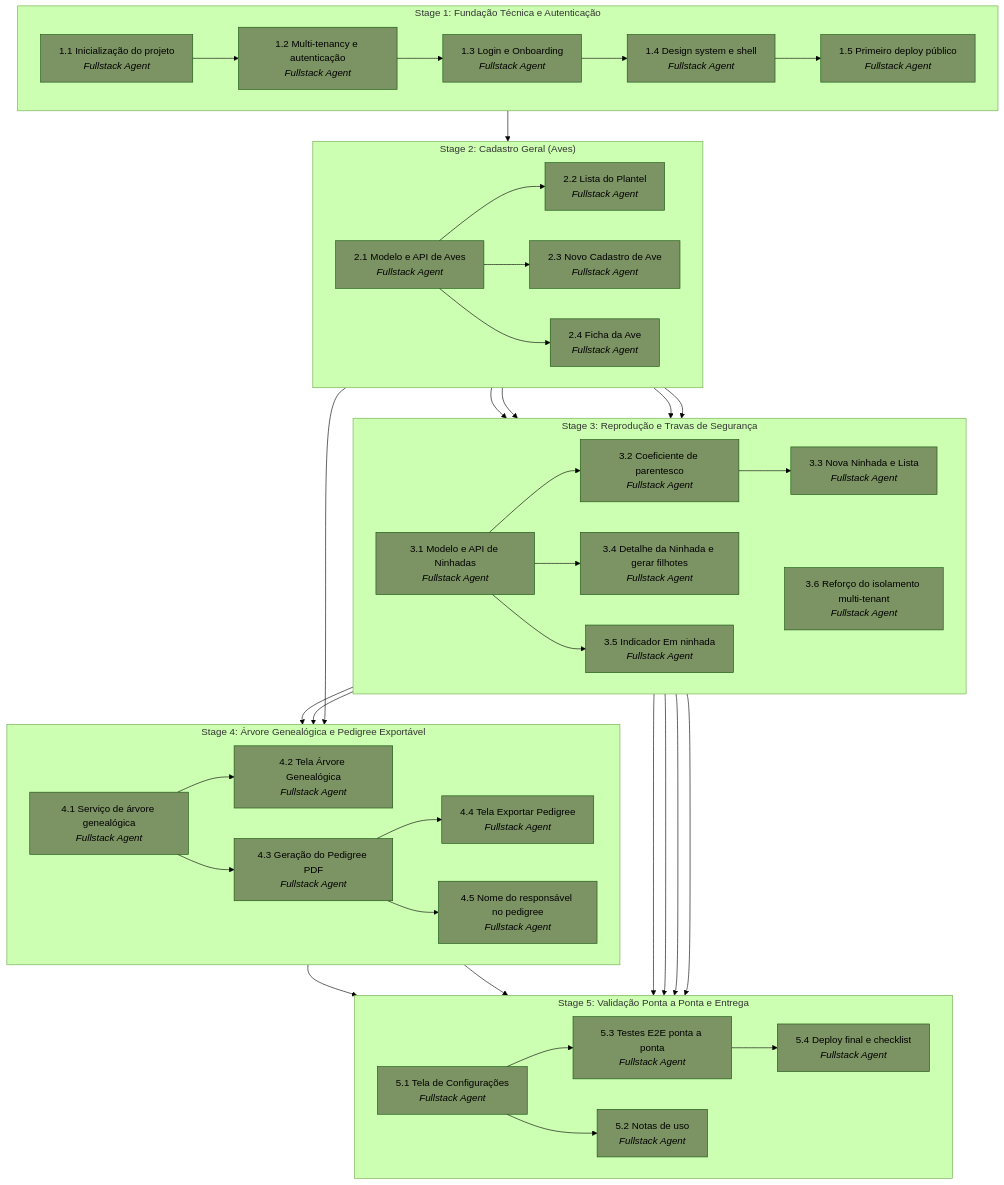
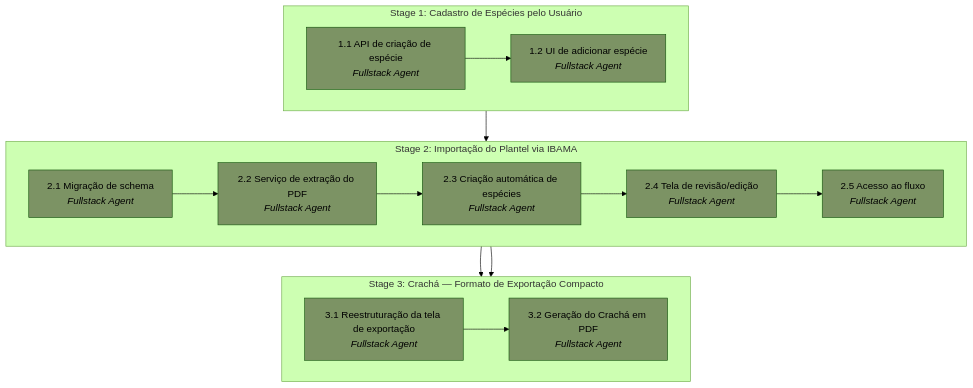
The diagram in .apm/plan.md (gersonvan/ninhal), drawn with Mermaid (forest theme) before and after one commit. The commit also changed other lines of this file and 2 other files, not shown here.

First line of the commit message:
docs: iniciar Fase 2 (espécies, importação IBAMA, crachá)

````diff
--- a/.apm/plan.md
+++ b/.apm/plan.md
@@ -26,82 +24,35 @@
 ```mermaid
 graph TB
 
-subgraph S1["Stage 1: Fundação Técnica e Autenticação"]
+subgraph S1["Stage 1: Cadastro de Espécies pelo Usuário"]
   direction LR
-  T1_1["1.1 Inicialização do projeto<br/><i>Fullstack Agent</i>"] --> T1_2["1.2 Multi-tenancy e autenticação<br/><i>Fullstack Agent</i>"]
-  T1_2 --> T1_3["1.3 Login e Onboarding<br/><i>Fullstack Agent</i>"]
-  T1_3 --> T1_4["1.4 Design system e shell<br/><i>Fullstack Agent</i>"]
-  T1_4 --> T1_5["1.5 Primeiro deploy público<br/><i>Fullstack Agent</i>"]
+  T1_1["1.1 API de criação de espécie<br/><i>Fullstack Agent</i>"] --> T1_2["1.2 UI de adicionar espécie<br/><i>Fullstack Agent</i>"]
 end
 
-subgraph S2["Stage 2: Cadastro Geral (Aves)"]
+subgraph S2["Stage 2: Importação do Plantel via IBAMA"]
   direction LR
-  T2_1["2.1 Modelo e API de Aves<br/><i>Fullstack Agent</i>"] --> T2_2["2.2 Lista do Plantel<br/><i>Fullstack Agent</i>"]
-  T2_1 --> T2_3["2.3 Novo Cadastro de Ave<br/><i>Fullstack Agent</i>"]
-  T2_1 --> T2_4["2.4 Ficha da Ave<br/><i>Fullstack Agent</i>"]
+  T2_1["2.1 Migração de schema<br/><i>Fullstack Agent</i>"] --> T2_2["2.2 Serviço de extração do PDF<br/><i>Fullstack Agent</i>"]
+  T2_2 --> T2_3["2.3 Criação automática de espécies<br/><i>Fullstack Agent</i>"]
+  T2_3 --> T2_4["2.4 Tela de revisão/edição<br/><i>Fullstack Agent</i>"]
+  T2_4 --> T2_5["2.5 Acesso ao fluxo<br/><i>Fullstack Agent</i>"]
 end
 
-subgraph S3["Stage 3: Reprodução e Travas de Segurança"]
+subgraph S3["Stage 3: Crachá — Formato de Exportação Compacto"]
   direction LR
-  T3_1["3.1 Modelo e API de Ninhadas<br/><i>Fullstack Agent</i>"] --> T3_2["3.2 Coeficiente de parentesco<br/><i>Fullstack Agent</i>"]
-  T3_2 --> T3_3["3.3 Nova Ninhada e Lista<br/><i>Fullstack Agent</i>"]
-  T3_1 --> T3_4["3.4 Detalhe da Ninhada e gerar filhotes<br/><i>Fullstack Agent</i>"]
-  T3_1 --> T3_5["3.5 Indicador Em ninhada<br/><i>Fullstack Agent</i>"]
-  T3_6["3.6 Reforço do isolamento multi-tenant<br/><i>Fullstack Agent</i>"]
+  T3_1["3.1 Reestruturação da tela de exportação<br/><i>Fullstack Agent</i>"] --> T3_2["3.2 Geração do Crachá em PDF<br/><i>Fullstack Agent</i>"]
 end
 
-subgraph S4["Stage 4: Árvore Genealógica e Pedigree Exportável"]
-  direction LR
-  T4_1["4.1 Serviço de árvore genealógica<br/><i>Fullstack Agent</i>"] --> T4_2["4.2 Tela Árvore Genealógica<br/><i>Fullstack Agent</i>"]
-  T4_1 --> T4_3["4.3 Geração do Pedigree PDF<br/><i>Fullstack Agent</i>"]
-  T4_3 --> T4_4["4.4 Tela Exportar Pedigree<br/><i>Fullstack Agent</i>"]
-  T4_3 --> T4_5["4.5 Nome do responsável no pedigree<br/><i>Fullstack Agent</i>"]
-end
-
-subgraph S5["Stage 5: Validação Ponta a Ponta e Entrega"]
-  direction LR
-  T5_1["5.1 Tela de Configurações<br/><i>Fullstack Agent</i>"] --> T5_3["5.3 Testes E2E ponta a ponta<br/><i>Fullstack Agent</i>"]
-  T5_3 --> T5_4["5.4 Deploy final e checklist<br/><i>Fullstack Agent</i>"]
-  T5_1 --> T5_2["5.2 Notas de uso<br/><i>Fullstack Agent</i>"]
-end
-
-T1_5 --> T2_1
+T1_1 --> T2_3
 T2_1 --> T3_1
-T2_3 --> T3_4
-T2_2 --> T3_5
-T2_4 --> T3_5
-T2_1 --> T4_1
-T3_1 --> T4_2
-T3_2 --> T4_2
-T3_1 --> T5_1
-T3_2 --> T5_1
-T4_4 --> T5_2
-T3_5 --> T5_2
-T4_4 --> T5_3
-T3_5 --> T5_3
+T2_1 --> T3_2
 
 style T1_1 fill:#7C9364,color:#000
 style T1_2 fill:#7C9364,color:#000
-style T1_3 fill:#7C9364,color:#000
-style T1_4 fill:#7C9364,color:#000
-style T1_5 fill:#7C9364,color:#000
 style T2_1 fill:#7C9364,color:#000
 style T2_2 fill:#7C9364,color:#000
 style T2_3 fill:#7C9364,color:#000
 style T2_4 fill:#7C9364,color:#000
+style T2_5 fill:#7C9364,color:#000
 style T3_1 fill:#7C9364,color:#000
 style T3_2 fill:#7C9364,color:#000
-style T3_3 fill:#7C9364,color:#000
-style T3_4 fill:#7C9364,color:#000
-style T3_5 fill:#7C9364,color:#000
-style T3_6 fill:#7C9364,color:#000
-style T4_1 fill:#7C9364,color:#000
-style T4_2 fill:#7C9364,color:#000
-style T4_3 fill:#7C9364,color:#000
-style T4_4 fill:#7C9364,color:#000
-style T4_5 fill:#7C9364,color:#000
-style T5_1 fill:#7C9364,color:#000
-style T5_2 fill:#7C9364,color:#000
-style T5_3 fill:#7C9364,color:#000
-style T5_4 fill:#7C9364,color:#000
 ```
````
